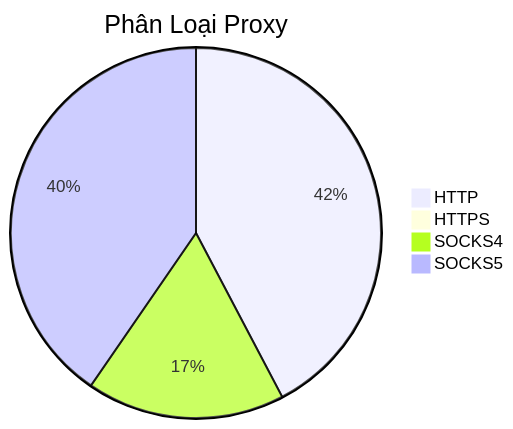
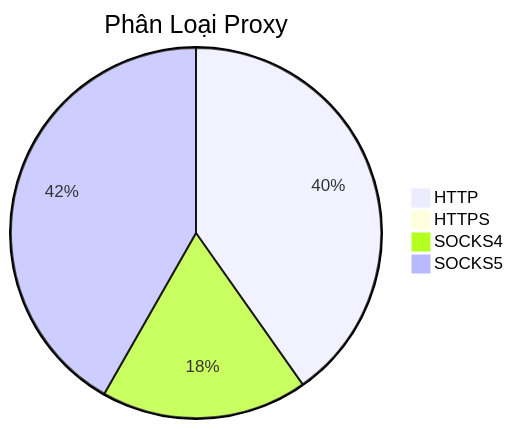
The diagram in README.md (Ciara-12/PROXY-free), drawn with Mermaid before and after one commit. The commit also changed other lines of this file and 3 other files, not shown here.

````diff
--- a/README.md
+++ b/README.md
@@ -26,7 +26,7 @@
 ```mermaid
 pie title Phân Loại Proxy
-    "HTTP" : 716
+    "HTTP" : 556
     "HTTPS" : 0
-    "SOCKS4" : 293
-    "SOCKS5" : 684
+    "SOCKS4" : 249
+    "SOCKS5" : 577
 ```
````
